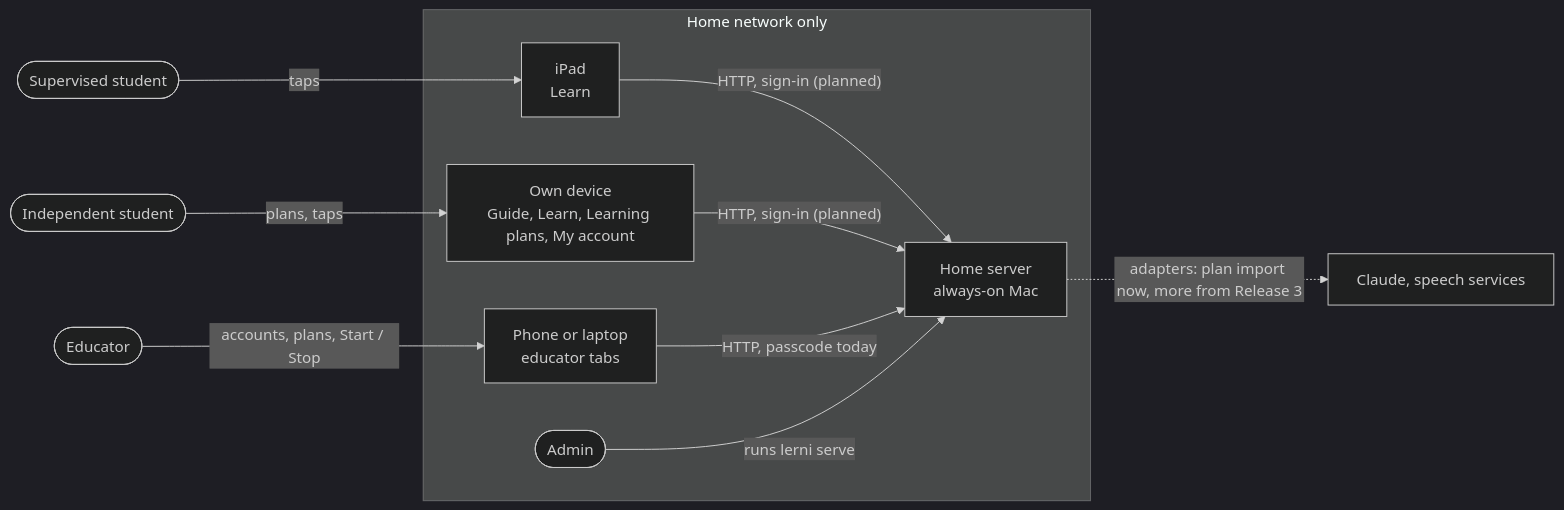
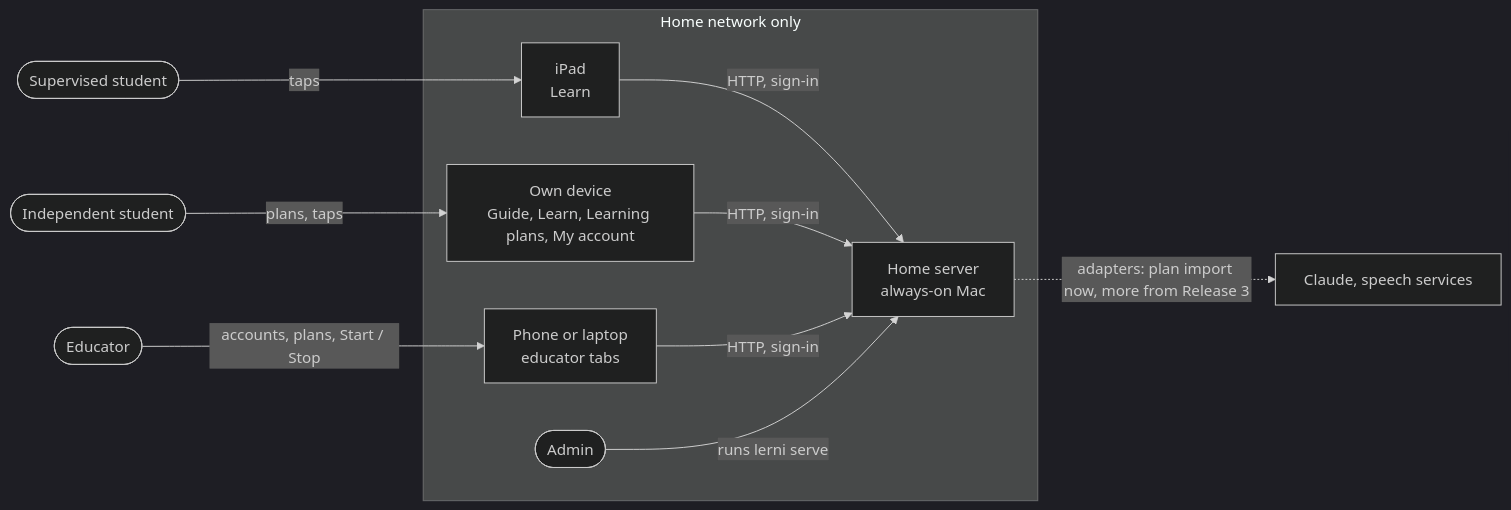
One commit to torenunez/lerni changed the first of 3 diagrams in docs/ARCHITECTURE.md. Above: the diagram before and after it, drawn with Mermaid (dark theme). The commit also changed other lines of this file and 4 other files, not shown here.

````diff
--- a/docs/ARCHITECTURE.md
+++ b/docs/ARCHITECTURE.md
@@ -21,14 +21,14 @@
 ```mermaid
 flowchart LR
     student([Supervised student]) -- "taps" --> ipad["iPad<br/>Learn"]
     indep([Independent student]) -- "plans, taps" --> idev["Own device<br/>Guide, Learn, Learning plans, My account"]
     educator([Educator]) -- "accounts, plans, Start / Stop" --> edev["Phone or laptop<br/>educator tabs"]
     subgraph home[Home network only]
-        ipad -- "HTTP, sign-in (planned)" --> server["Home server<br/>always-on Mac"]
-        idev -- "HTTP, sign-in (planned)" --> server
-        edev -- "HTTP, passcode today" --> server
+        ipad -- "HTTP, sign-in" --> server["Home server<br/>always-on Mac"]
+        idev -- "HTTP, sign-in" --> server
+        edev -- "HTTP, sign-in" --> server
         admin([Admin]) -- "runs lerni serve" --> server
     end
 
     server -. "adapters: plan import now, more from Release 3" .-> ai[Claude, speech services]
 ```
````
